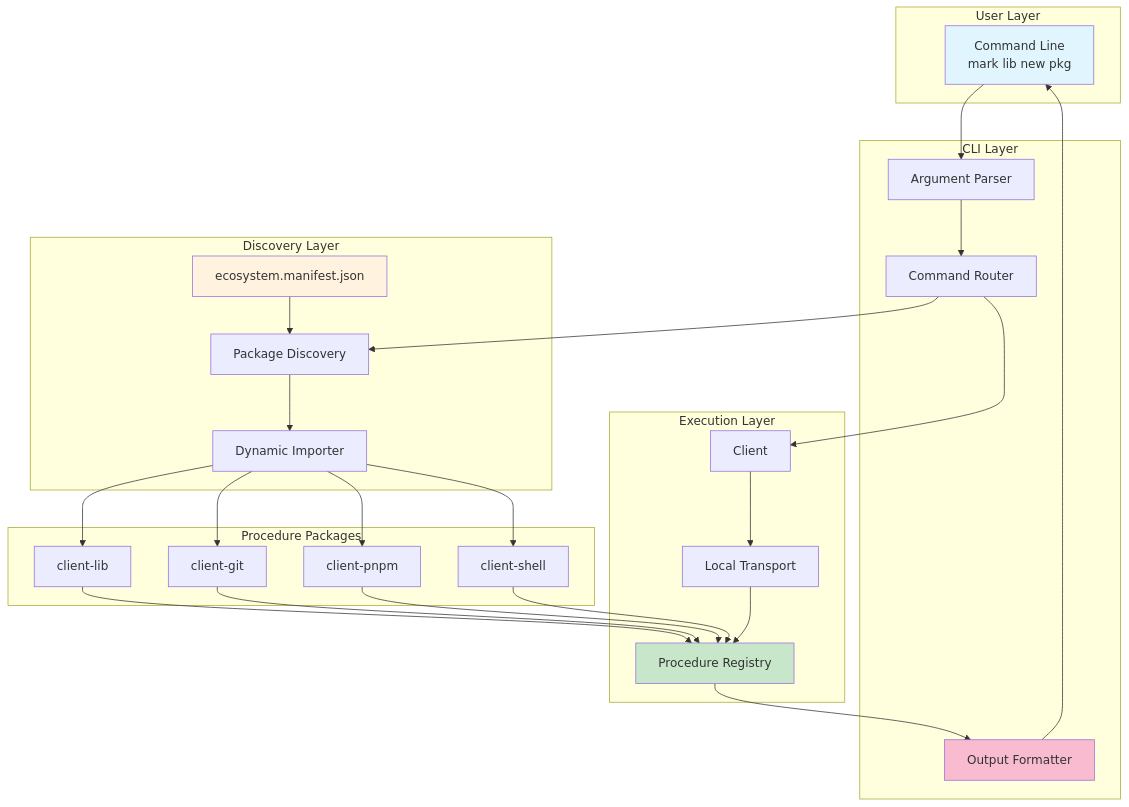
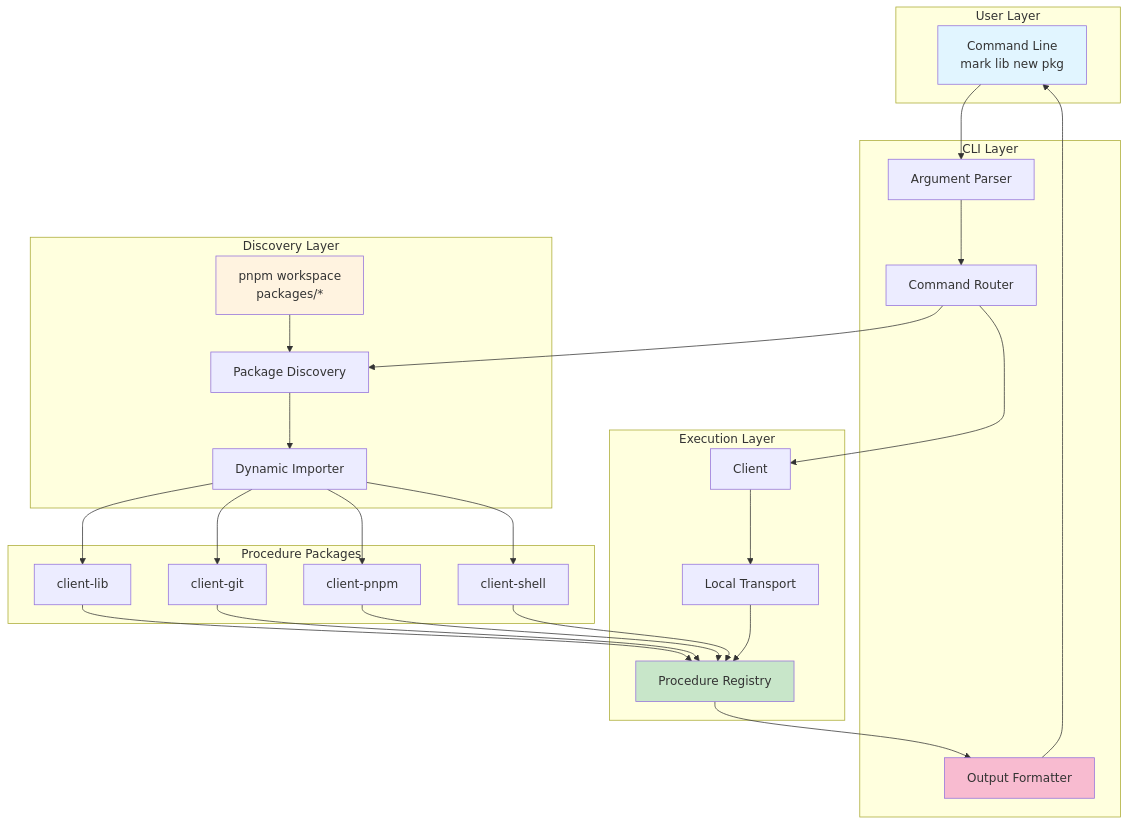
One commit to mark1russell7/client changed the first of 5 diagrams in packages/mark/README.md. Above: the diagram before and after it, drawn with Mermaid. The commit also changed other lines of this file and 8 other files, not shown here.

````diff
--- a/packages/mark/README.md
+++ b/packages/mark/README.md
@@ -22,55 +22,55 @@
 ```mermaid
 graph TB
     subgraph "User Layer"
         CMD[Command Line<br/>mark lib new pkg]
     end
 
     subgraph "CLI Layer"
         PARSER[Argument Parser]
         ROUTER[Command Router]
         FORMATTER[Output Formatter]
     end
 
     subgraph "Discovery Layer"
-        MANIFEST[ecosystem.manifest.json]
+        MANIFEST[pnpm workspace<br/>packages/*]
         DISCOVER[Package Discovery]
         LOADER[Dynamic Importer]
     end
 
     subgraph "Execution Layer"
         REGISTRY[Procedure Registry]
         TRANSPORT[Local Transport]
         CLIENT[Client]
     end
 
     subgraph "Procedure Packages"
         P1[client-lib]
         P2[client-git]
         P3[client-pnpm]
         P4[client-shell]
     end
 
     CMD --> PARSER
     PARSER --> ROUTER
     ROUTER --> DISCOVER
     MANIFEST --> DISCOVER
     DISCOVER --> LOADER
     LOADER --> P1
     LOADER --> P2
     LOADER --> P3
     LOADER --> P4
     P1 --> REGISTRY
     P2 --> REGISTRY
     P3 --> REGISTRY
     P4 --> REGISTRY
     ROUTER --> CLIENT
     CLIENT --> TRANSPORT
     TRANSPORT --> REGISTRY
     REGISTRY --> FORMATTER
     FORMATTER --> CMD
 
     style CMD fill:#e1f5ff
     style MANIFEST fill:#fff3e0
     style REGISTRY fill:#c8e6c9
     style FORMATTER fill:#f8bbd0
 ```
````
